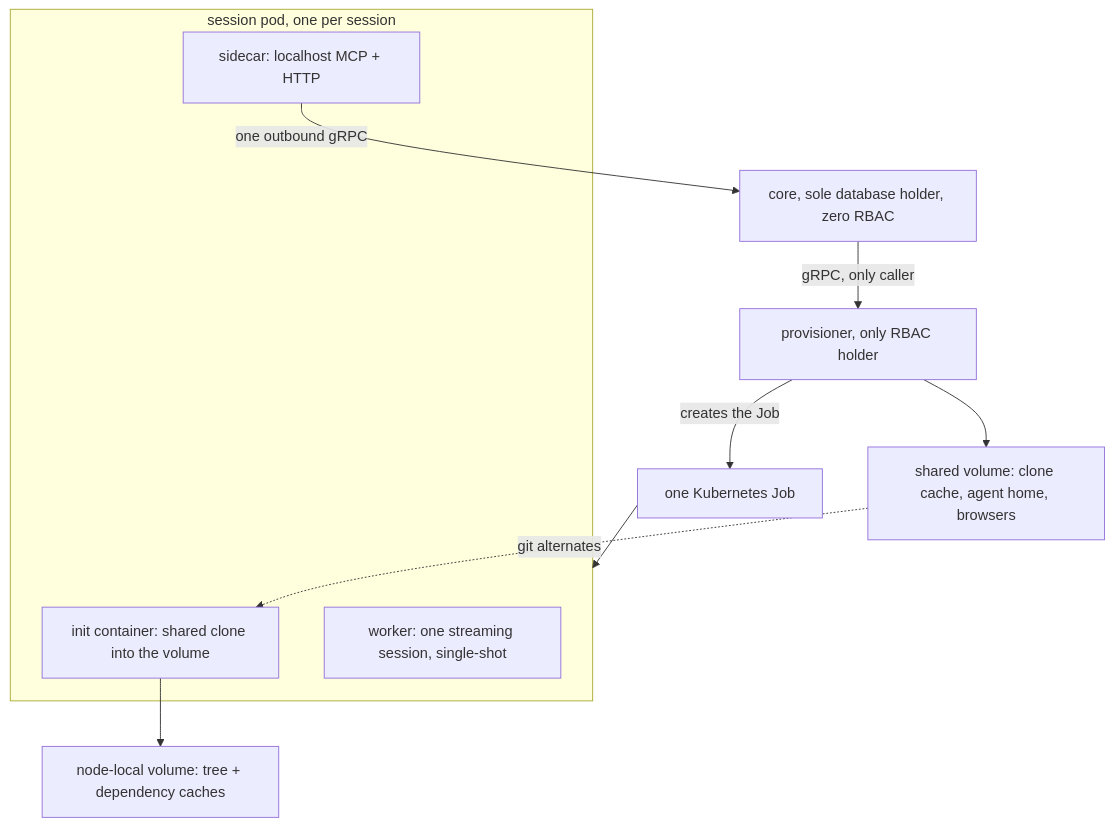
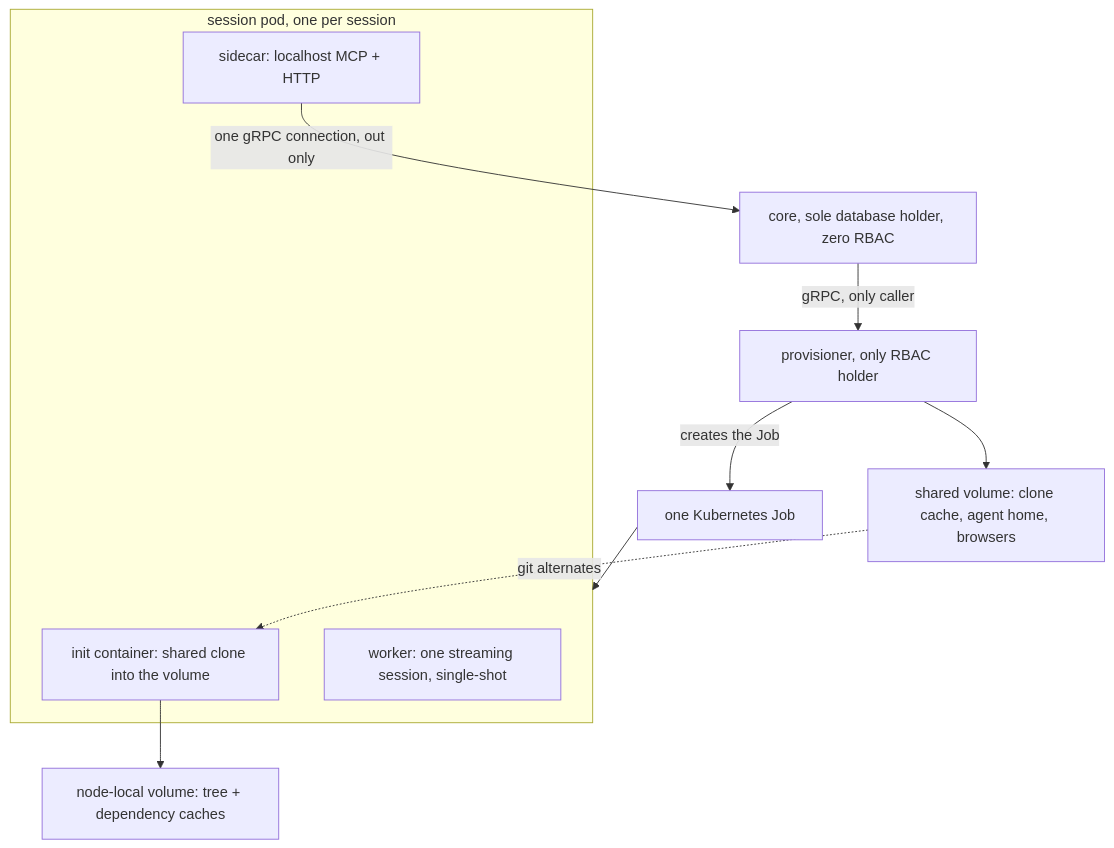
The second of 3 diagrams in content/blog/running-a-fleet-of-claude-agents-on-my-cluster.md (MohammadBnei/editable-blog), drawn with Mermaid before and after one commit. The commit also changed other lines of this file and 15 other files, not shown here.

````diff
--- a/content/blog/running-a-fleet-of-claude-agents-on-my-cluster.md
+++ b/content/blog/running-a-fleet-of-claude-agents-on-my-cluster.md
@@ -81,17 +83,17 @@
 ```mermaid
 flowchart TB
     core["core, sole database holder, zero RBAC"] -->|"gRPC, only caller"| prov["provisioner, only RBAC holder"]
     prov -->|"creates the Job"| job["one Kubernetes Job"]
 
     subgraph pod["session pod, one per session"]
         init["init container: shared clone into the volume"]
         worker["worker: one streaming session, single-shot"]
         side["sidecar: localhost MCP + HTTP"]
     end
 
     job --> pod
     init --> local["node-local volume: tree + dependency caches"]
-    side -->|"one outbound gRPC"| core
+    side -->|"one gRPC connection, out only"| core
     prov --> shared["shared volume: clone cache, agent home, browsers"]
     shared -.->|"git alternates"| init
 ```
````
